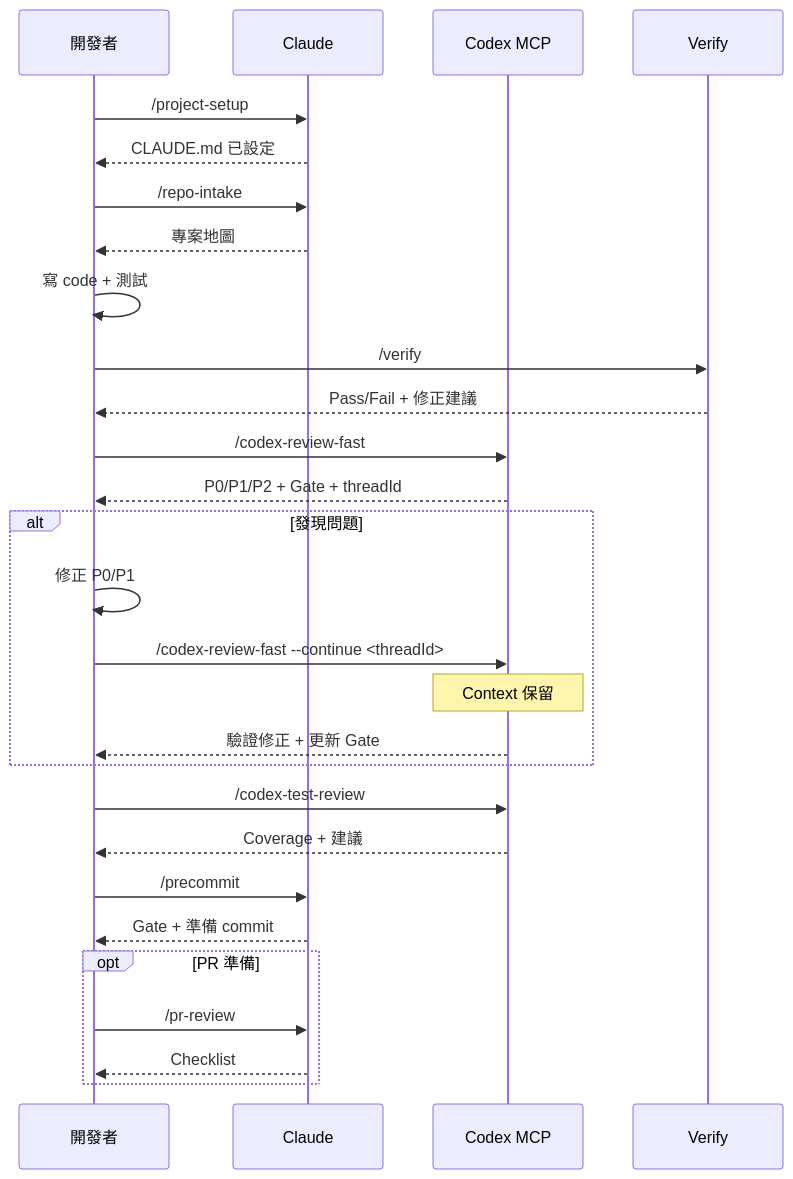
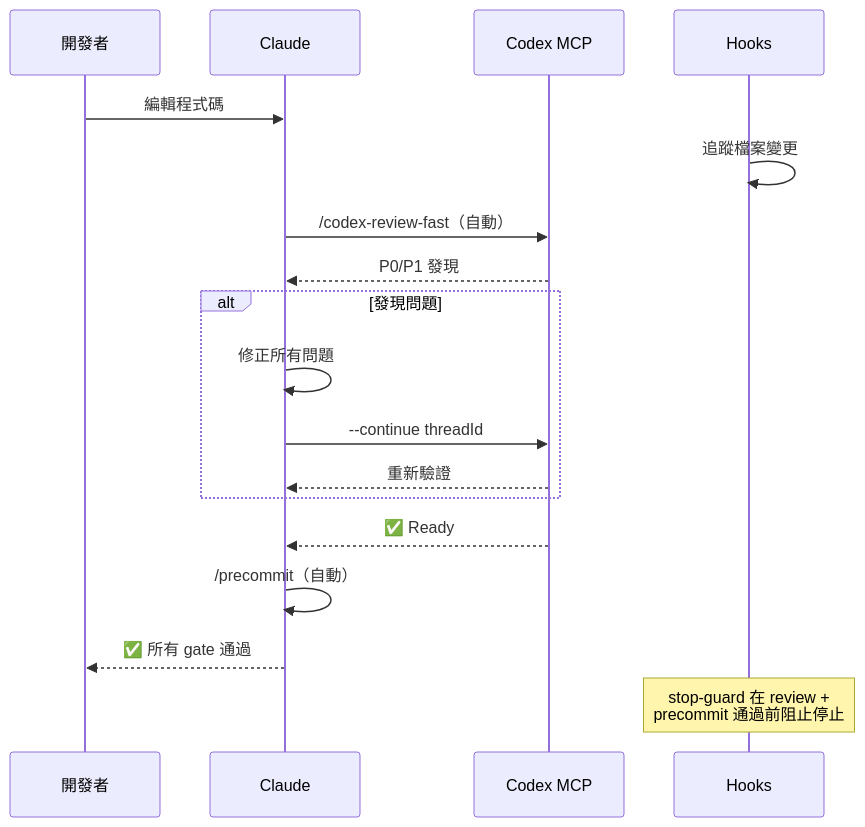
One commit to jupiter-Pulin/Uranus-dev-flow changed the first of 5 diagrams in README.zh-TW.md. Above: the diagram before and after it, drawn with Mermaid. The commit also changed other lines of this file and 6 other files, not shown here.

````diff
--- a/README.zh-TW.md
+++ b/README.zh-TW.md
@@ -67,39 +71,24 @@
 ```mermaid
 sequenceDiagram
     participant D as 開發者
     participant C as Claude
     participant X as Codex MCP
-    participant V as Verify
+    participant H as Hooks
 
-    D->>C: /project-setup
-    C-->>D: CLAUDE.md 已設定
-
-    D->>C: /repo-intake
-    C-->>D: 專案地圖
-
-    D->>D: 寫 code + 測試
-
-    D->>V: /verify
-    V-->>D: Pass/Fail + 修正建議
-
-    D->>X: /codex-review-fast
-    X-->>D: P0/P1/P2 + Gate + threadId
+    D->>C: 編輯程式碼
+    H->>H: 追蹤檔案變更
+    C->>X: /codex-review-fast（自動）
+    X-->>C: P0/P1 發現
 
     alt 發現問題
-        D->>D: 修正 P0/P1
-        D->>X: /codex-review-fast --continue <threadId>
-        Note over X: Context 保留
-        X-->>D: 驗證修正 + 更新 Gate
+        C->>C: 修正所有問題
+        C->>X: --continue threadId
+        X-->>C: 重新驗證
     end
 
-    D->>X: /codex-test-review
-    X-->>D: Coverage + 建議
+    X-->>C: ✅ Ready
+    C->>C: /precommit（自動）
+    C-->>D: ✅ 所有 gate 通過
 
-    D->>C: /precommit
-    C-->>D: Gate + 準備 commit
-
-    opt PR 準備
-        D->>C: /pr-review
-        C-->>D: Checklist
-    end
+    Note over H: stop-guard 在 review +<br/>precommit 通過前阻止停止
 ```
````
